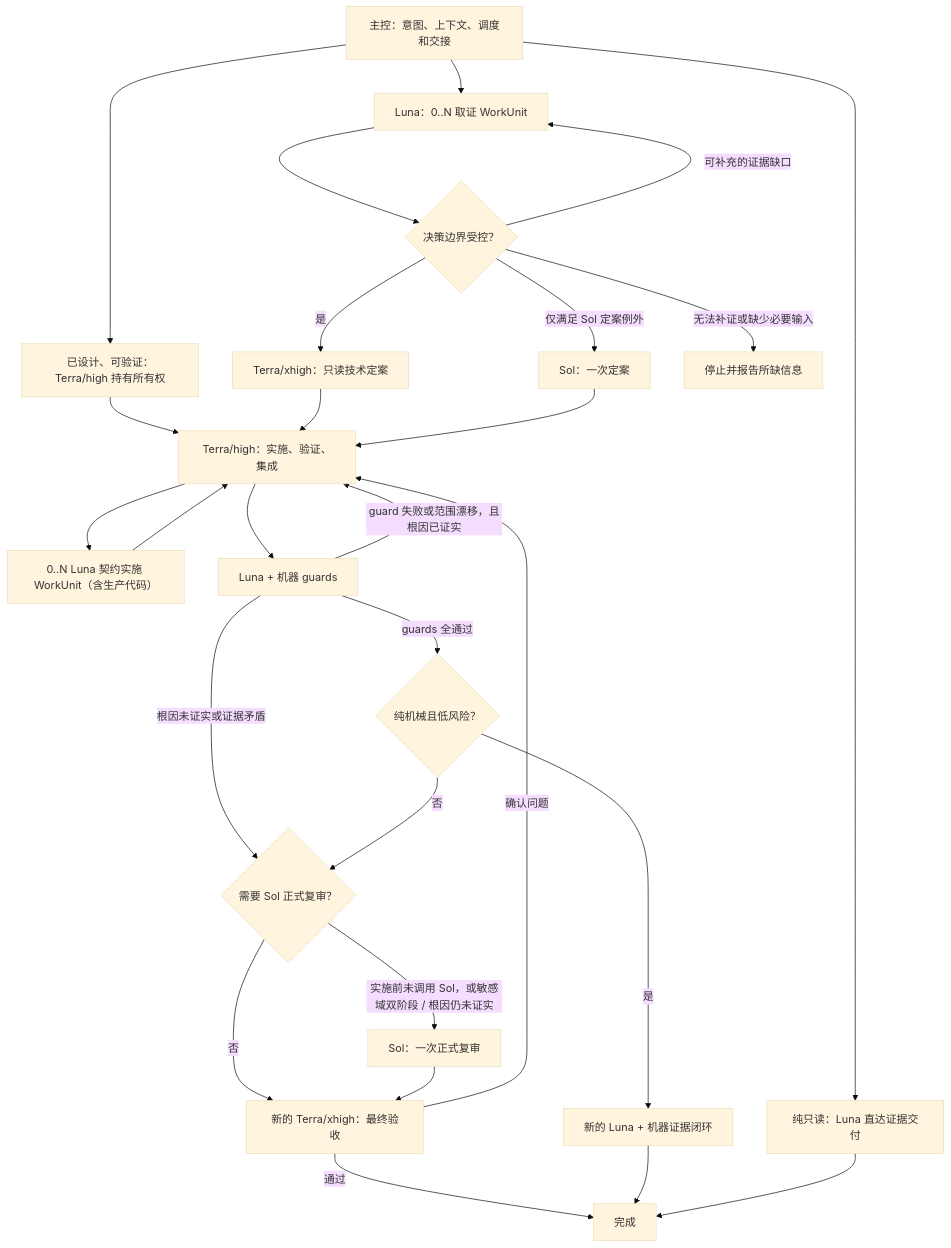
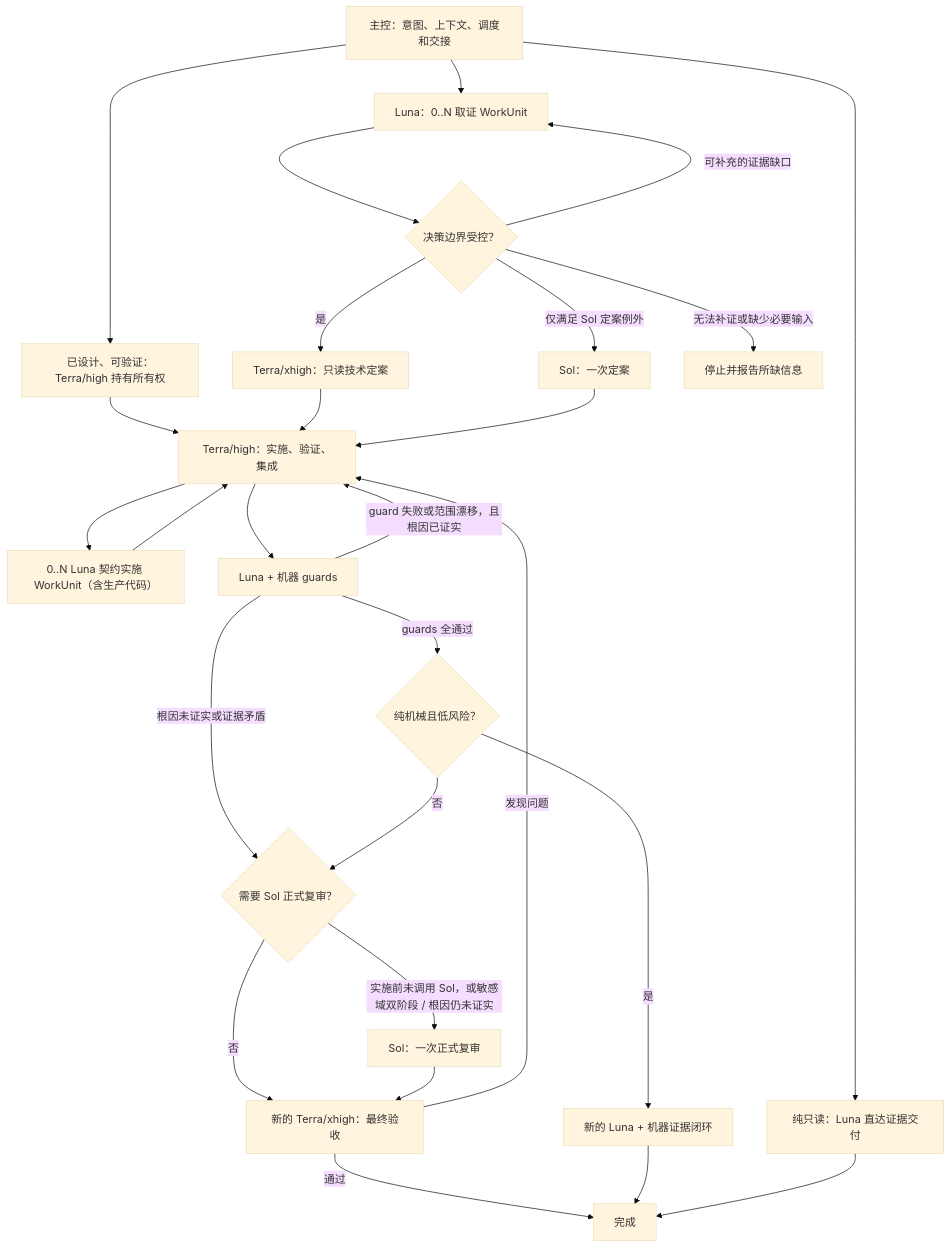
Before and after one commit to huanmin123/ai-vibecode-superpower: the diagram in skills/orchestrate-model-workflow/references/workflow-design.md, drawn with Mermaid (base theme). The commit also changed other lines of this file and 11 other files, not shown here.

````diff
--- a/skills/orchestrate-model-workflow/references/workflow-design.md
+++ b/skills/orchestrate-model-workflow/references/workflow-design.md
@@ -9,30 +9,30 @@
 ```mermaid
 flowchart TD
     C["主控：意图、上下文、调度和交接"]
     C --> R["纯只读：Luna 直达证据交付"]
     C --> M["已设计、可验证：Terra/high 持有所有权"]
     C --> L["Luna：0..N 取证 WorkUnit"]
     L --> G{"决策边界受控？"}
     G -->|是| X["Terra/xhigh：只读技术定案"]
     G -->|仅满足 Sol 定案例外| SD["Sol：一次定案"]
     G -->|可补充的证据缺口| L
     G -->|无法补证或缺少必要输入| STOP["停止并报告所缺信息"]
     M --> H["Terra/high：实施、验证、集成"]
     X --> H
     SD --> H
     H --> W["0..N Luna 契约实施 WorkUnit（含生产代码）"]
     W --> H
     H --> P["Luna + 机器 guards"]
     P -->|guard 失败或范围漂移，且根因已证实| H
     P -->|根因未证实或证据矛盾| V{"需要 Sol 正式复审？"}
     P -->|guards 全通过| Q{"纯机械且低风险？"}
     Q -->|是| LA["新的 Luna + 机器证据闭环"]
     Q -->|否| V
     V -->|实施前未调用 Sol，或敏感域双阶段 / 根因仍未证实| SR["Sol：一次正式复审"]
     V -->|否| A["新的 Terra/xhigh：最终验收"]
     SR --> A
-    A -->|确认问题| H
+    A -->|发现问题| H
     A -->|通过| D["完成"]
     LA --> D
     R --> D
 ```
````
